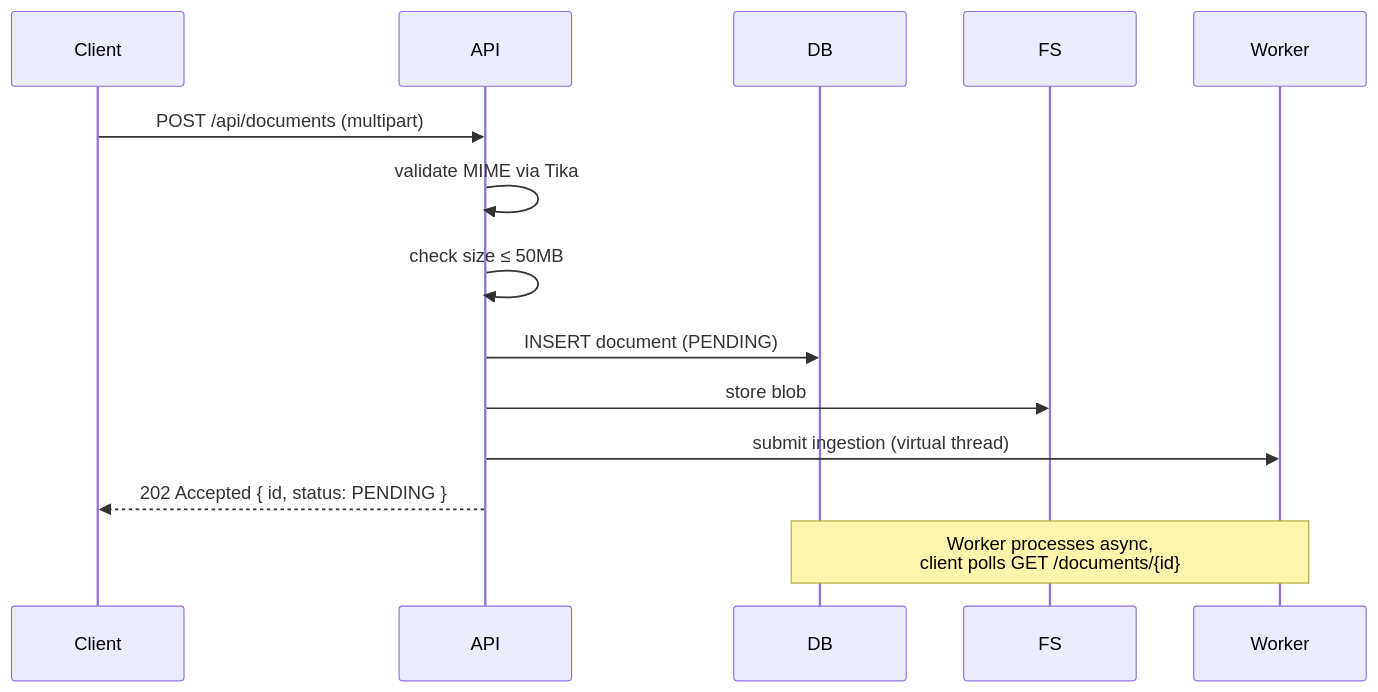
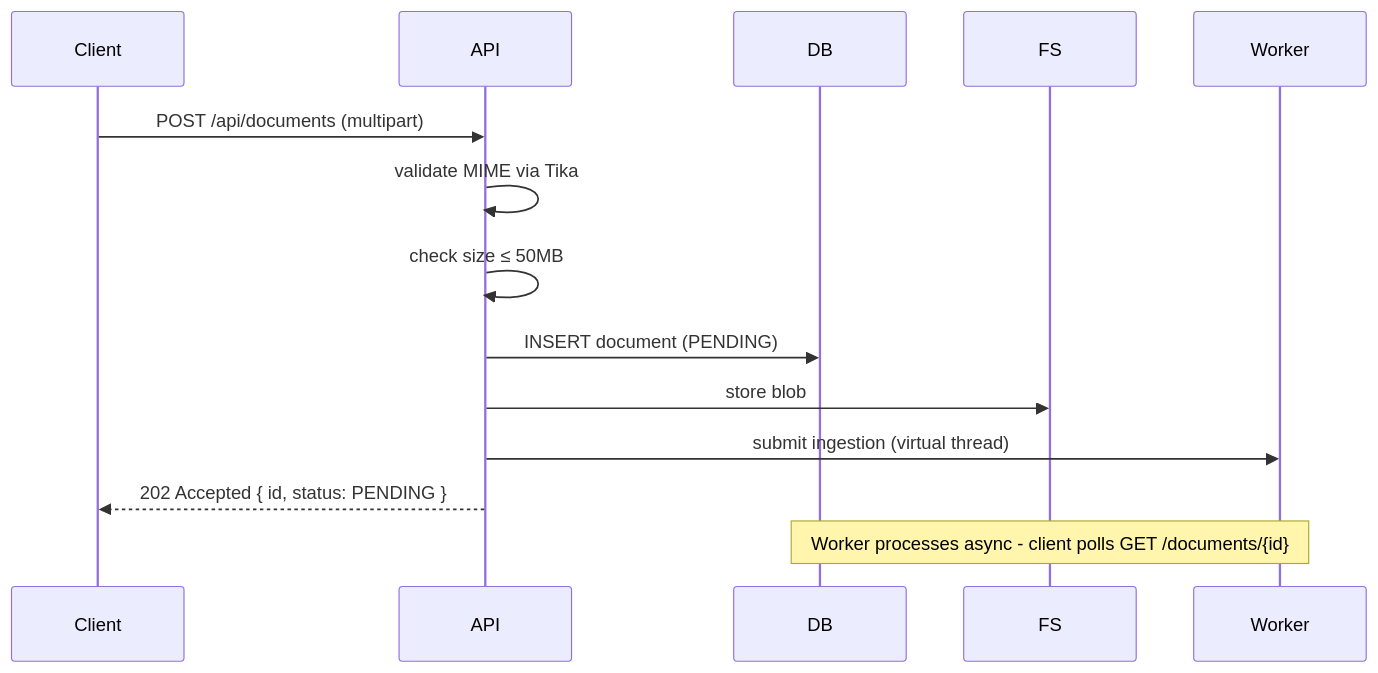
One commit to srihitaramanan/documentor changed the second of 4 diagrams in docs/docs/api-design.md. Above: the diagram before and after it, drawn with Mermaid. The commit also changed 2 other files, not shown here.

Commit message:
Some Tag fixes

````diff
--- a/docs/docs/api-design.md
+++ b/docs/docs/api-design.md
@@ -59,11 +59,11 @@
 ```mermaid
 sequenceDiagram
     Client->>API: POST /api/documents (multipart)
     API->>API: validate MIME via Tika
     API->>API: check size ≤ 50MB
     API->>DB: INSERT document (PENDING)
     API->>FS: store blob
     API->>Worker: submit ingestion (virtual thread)
     API-->>Client: 202 Accepted { id, status: PENDING }
-    Note over Worker,DB: Worker processes async,<br/>client polls GET /documents/{id}
+    Note over Worker,DB: Worker processes async - client polls GET /documents/{id}
 ```
````
